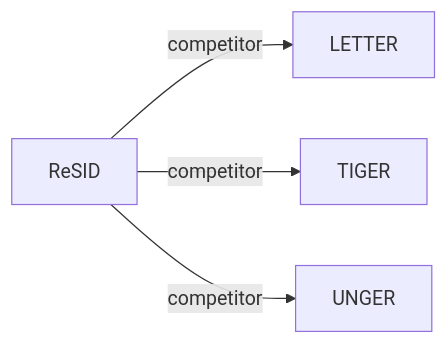
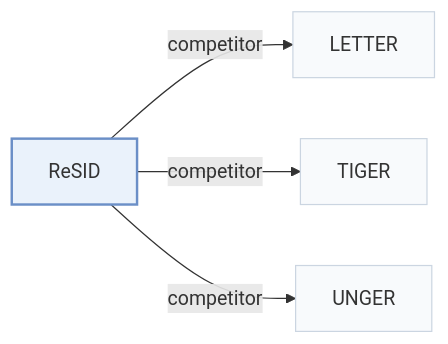
One commit to Galaxy-ghost/Awesome-SID-Generative-Rec changed the second of 2 diagrams in pages/papers/resid.md. Above: the diagram before and after it, drawn with Mermaid. The commit also changed other lines of this file and 649 other files, not shown here.

Commit message:
writer-05: also tags and modality index (schema, check, build, visuals); summary field removed; calibration data for 12 papers

````diff
--- a/pages/papers/resid.md
+++ b/pages/papers/resid.md
@@ -69,7 +74,11 @@
 ```mermaid
 flowchart LR
     P["ReSID"]
-    P -->|competitor| A["LETTER"]
-    P -->|competitor| B["TIGER"]
-    P -->|competitor| C["UNGER"]
+    P -->|"competitor"| A["LETTER"]
+    P -->|"competitor"| B["TIGER"]
+    P -->|"competitor"| C["UNGER"]
+    classDef main fill:#eaf2fb,stroke:#6b8fc7,stroke-width:2px
+    classDef peer fill:#f8fafc,stroke:#cbd5e1
+    class P main
+    class A,B,C peer
 ```
````
